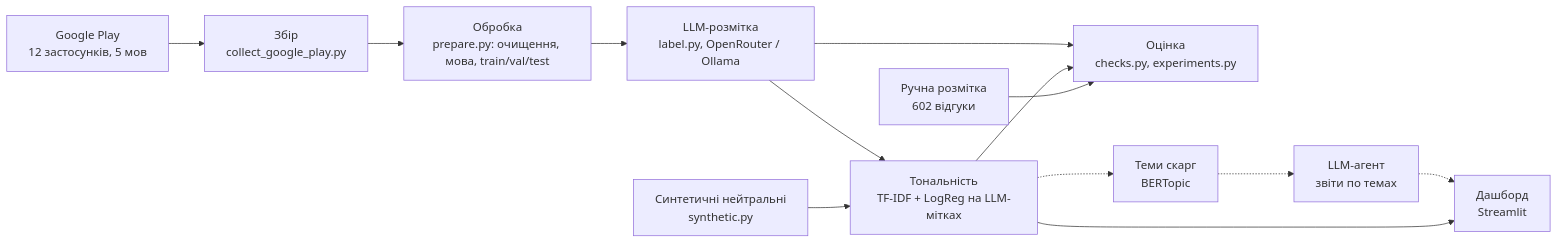
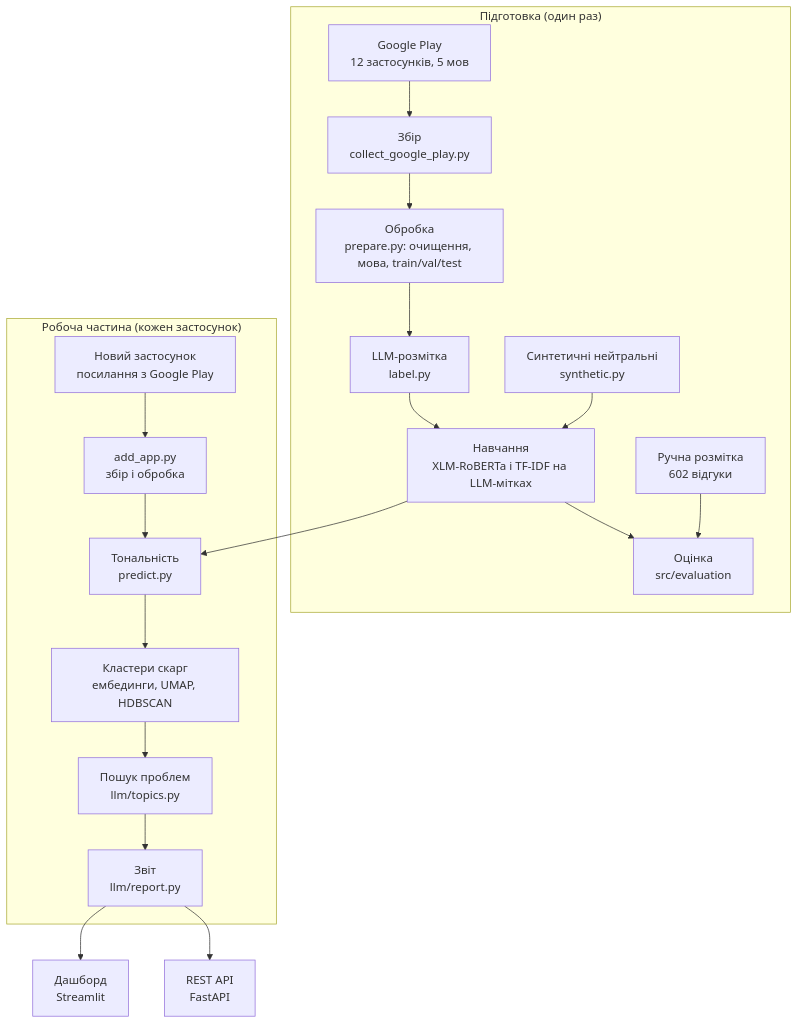
Before and after one commit to Agenoed/review-insights: the diagram in docs/architecture.md, drawn with Mermaid. The commit also changed other lines of this file and 2 other files, not shown here.

Commit message:
Назва застосунку до двокрапки чи тире, оновлена схема архітектури

````diff
--- a/docs/architecture.md
+++ b/docs/architecture.md
@@ -3,15 +5,24 @@
 ```mermaid
-flowchart LR
-    A["Google Play<br/>12 застосунків, 5 мов"] --> B["Збір<br/>collect_google_play.py"]
-    B --> C["Обробка<br/>prepare.py: очищення, мова, train/val/test"]
-    C --> L["LLM-розмітка<br/>label.py, OpenRouter / Ollama"]
-    S["Синтетичні нейтральні<br/>synthetic.py"] --> M
-    L --> M["Тональність<br/>TF-IDF + LogReg на LLM-мітках"]
-    M --> E["Дашборд<br/>Streamlit"]
-    G["Ручна розмітка<br/>602 відгуки"] --> H["Оцінка<br/>checks.py, experiments.py"]
-    M --> H
-    L --> H
-    M -.-> T["Теми скарг<br/>BERTopic"]
-    T -.-> R["LLM-агент<br/>звіти по темах"]
-    R -.-> E
+flowchart TB
+    subgraph prep["Підготовка (один раз)"]
+        A["Google Play<br/>12 застосунків, 5 мов"] --> B["Збір<br/>collect_google_play.py"]
+        B --> C["Обробка<br/>prepare.py: очищення, мова, train/val/test"]
+        C --> L["LLM-розмітка<br/>label.py"]
+        S["Синтетичні нейтральні<br/>synthetic.py"] --> M
+        L --> M["Навчання<br/>XLM-RoBERTa і TF-IDF на LLM-мітках"]
+        G["Ручна розмітка<br/>602 відгуки"] --> H["Оцінка<br/>src/evaluation"]
+        M --> H
+    end
+
+    subgraph app["Робоча частина (кожен застосунок)"]
+        N["Новий застосунок<br/>посилання з Google Play"] --> P["add_app.py<br/>збір і обробка"]
+        P --> Q["Тональність<br/>predict.py"]
+        Q --> T["Кластери скарг<br/>ембединги, UMAP, HDBSCAN"]
+        T --> U["Пошук проблем<br/>llm/topics.py"]
+        U --> R["Звіт<br/>llm/report.py"]
+    end
+
+    M --> Q
+    R --> D["Дашборд<br/>Streamlit"]
+    R --> API["REST API<br/>FastAPI"]
 ```
````
